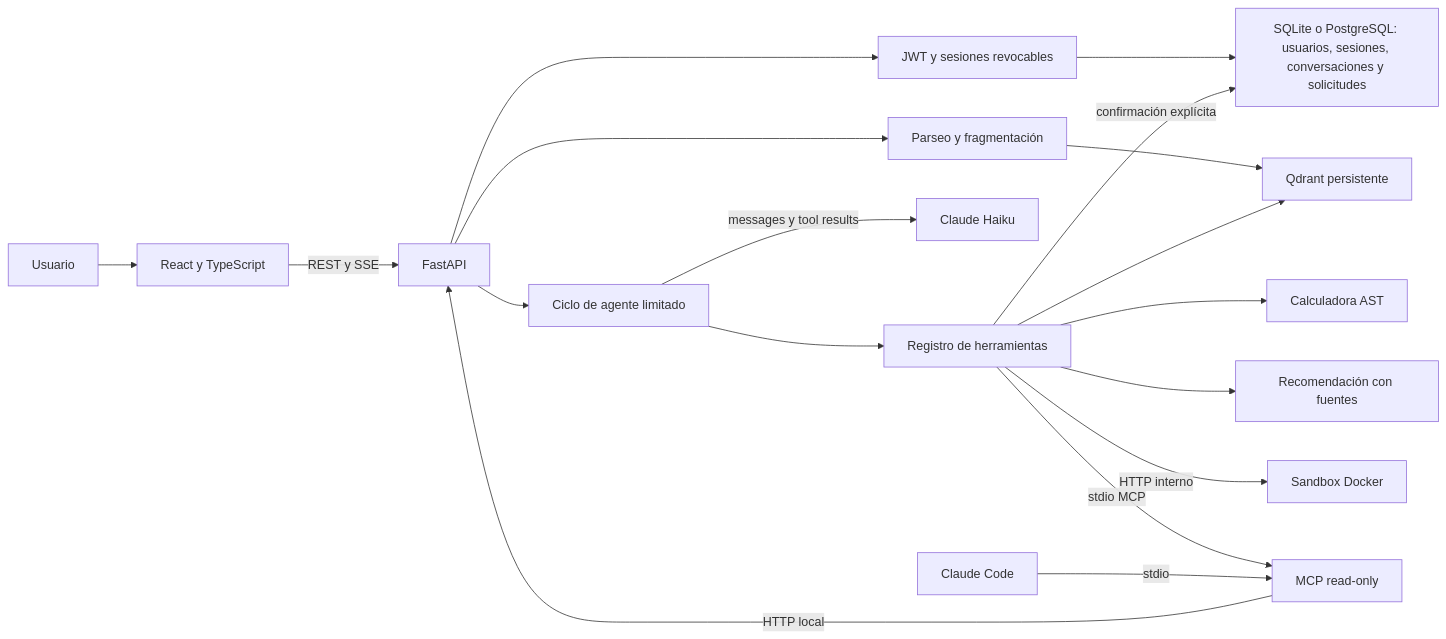
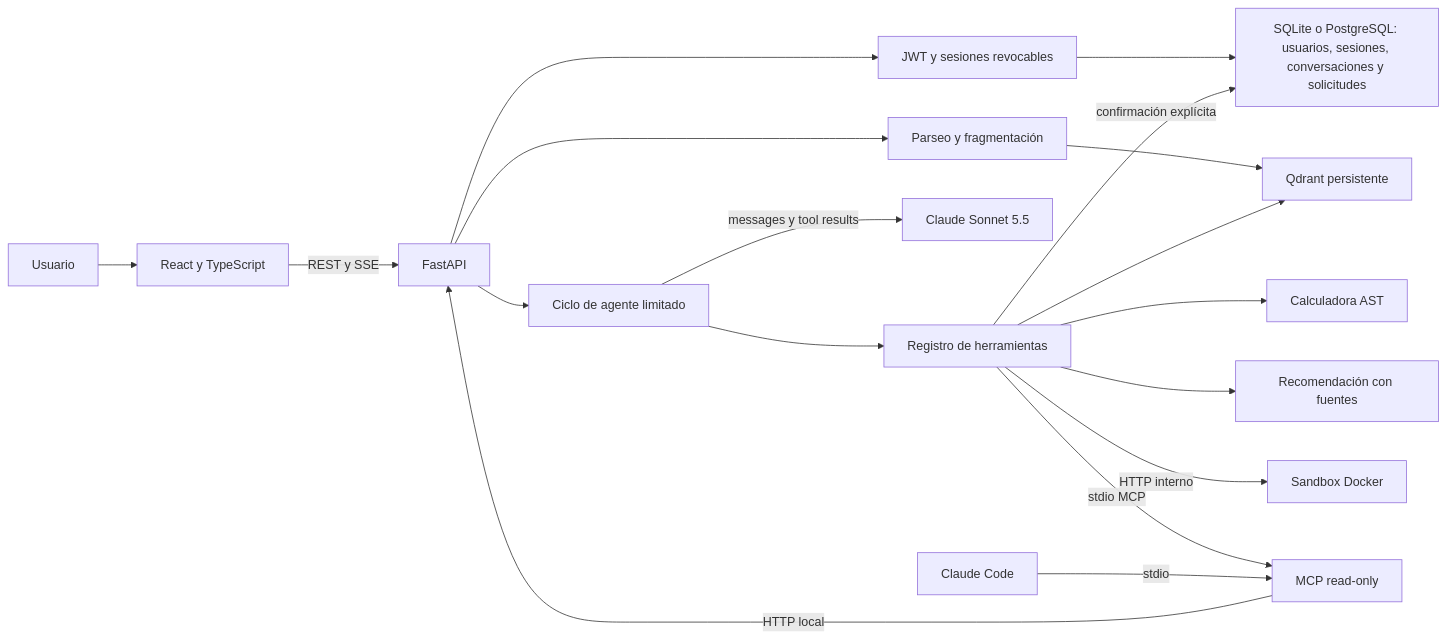
Before and after one commit to stevenvo780/humanizar-ai-agent: the diagram in docs/ARCHITECTURE.md, drawn with Mermaid. The commit also changed 18 other files, not shown here.

First line of the commit message:
feat: Claude Sonnet 5.5 and literal FAQ answers on /preguntar

````diff
--- a/docs/ARCHITECTURE.md
+++ b/docs/ARCHITECTURE.md
@@ -3,20 +3,20 @@
 ```mermaid
 flowchart LR
   U[Usuario] --> UI[React y TypeScript]
   UI -->|REST y SSE| API[FastAPI]
   API --> AUTH[JWT y sesiones revocables]
   AUTH --> DB[SQLite o PostgreSQL: usuarios, sesiones, conversaciones y solicitudes]
   API --> ING[Parseo y fragmentación]
   ING --> V[Qdrant persistente]
   API --> AG[Ciclo de agente limitado]
-  AG -->|messages y tool results| C[Claude Haiku]
+  AG -->|messages y tool results| C[Claude Sonnet 5.5]
   AG --> R[Registro de herramientas]
   R --> V
   R --> CAL[Calculadora AST]
   R --> REC[Recomendación con fuentes]
   R -->|confirmación explícita| DB
   R -->|HTTP interno| S[Sandbox Docker]
   R -->|stdio MCP| MCP[MCP read-only]
   CC[Claude Code] -->|stdio| MCP
   MCP -->|HTTP local| API
 ```
````
